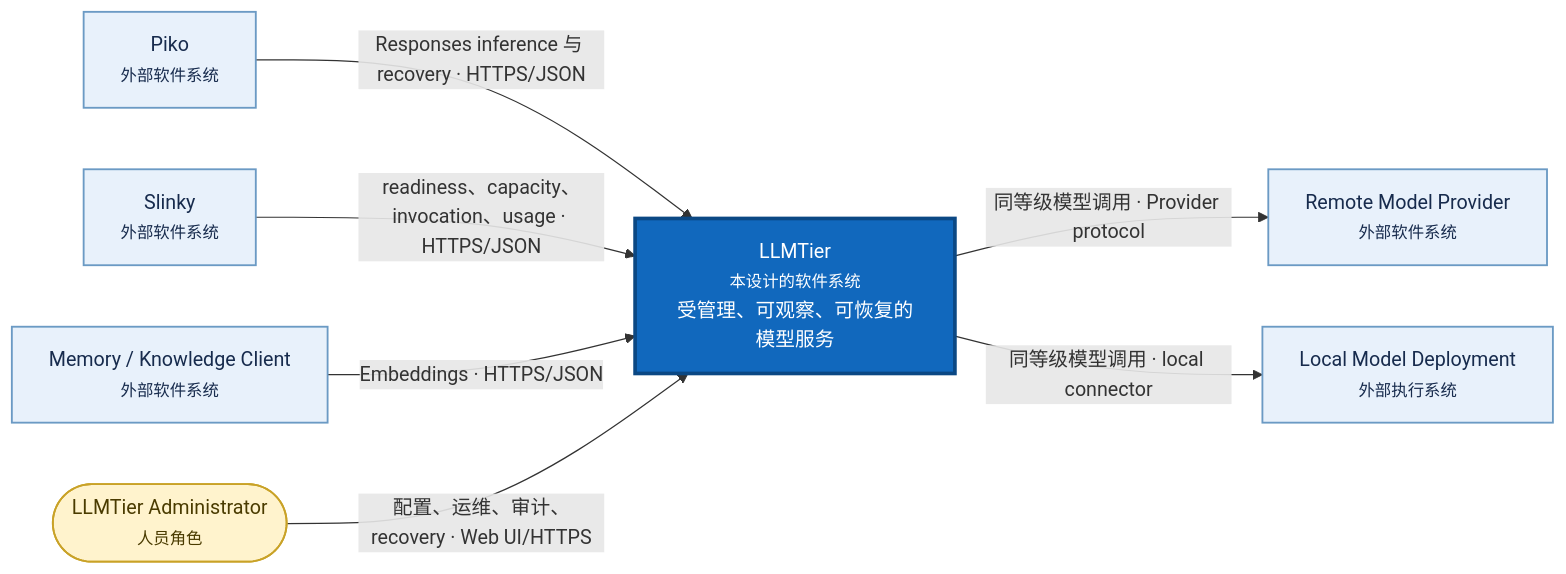
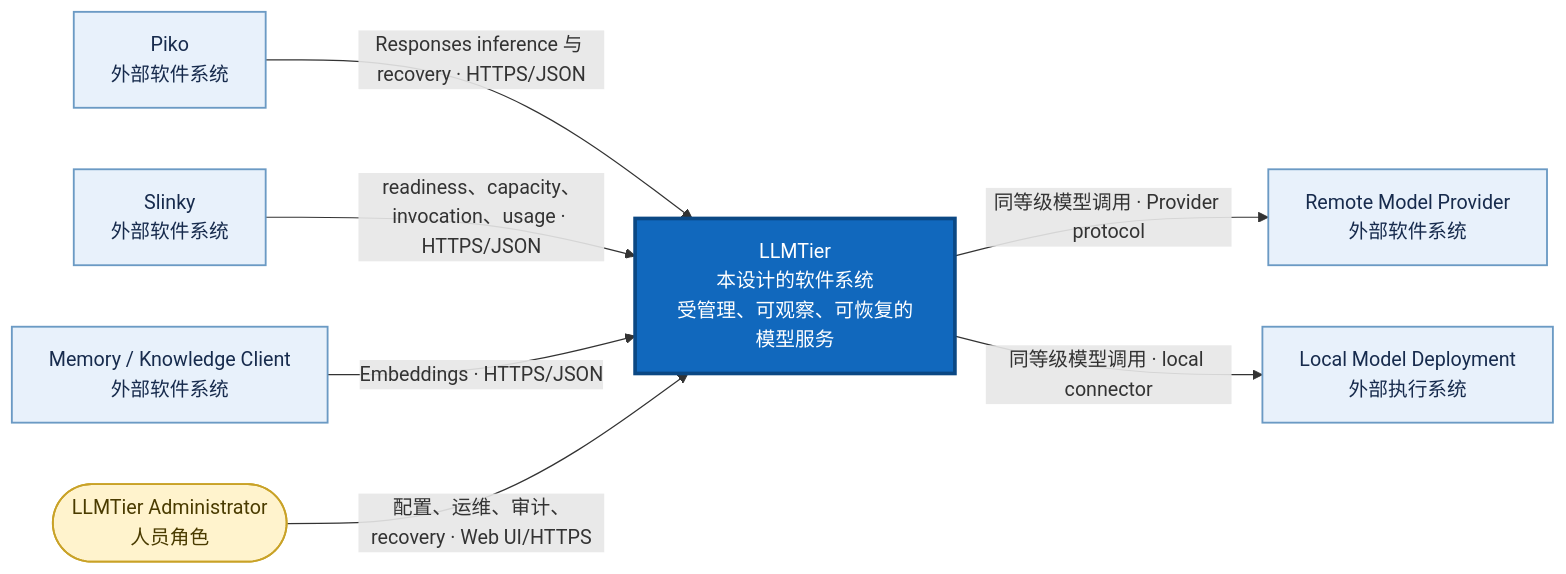
Before and after one commit to corezilla/LLMTier: the first of 5 diagrams in docs/20_system_design/llmtier-system-design.md, drawn with Mermaid. The commit also changed other lines of this file and 4 other files, not shown here.

Commit message:
docs(diagrams): remove unsupported small tags

````diff
--- a/docs/20_system_design/llmtier-system-design.md
+++ b/docs/20_system_design/llmtier-system-design.md
@@ -80,26 +80,26 @@
 ```mermaid
 flowchart LR
-    Piko["Piko<br/><small>外部软件系统</small>"]
-    Slinky["Slinky<br/><small>外部软件系统</small>"]
-    Memory["Memory / Knowledge Client<br/><small>外部软件系统</small>"]
-    Admin(["LLMTier Administrator<br/><small>人员角色</small>"])
+    Piko["Piko<br/>外部软件系统"]
+    Slinky["Slinky<br/>外部软件系统"]
+    Memory["Memory / Knowledge Client<br/>外部软件系统"]
+    Admin(["LLMTier Administrator<br/>人员角色"])
 
-    LLMTier["LLMTier<br/><small>本设计的软件系统</small><br/>受管理、可观察、可恢复的模型服务"]
+    LLMTier["LLMTier<br/>本设计的软件系统<br/>受管理、可观察、可恢复的模型服务"]
 
-    Provider["Remote Model Provider<br/><small>外部软件系统</small>"]
-    Local["Local Model Deployment<br/><small>外部执行系统</small>"]
+    Provider["Remote Model Provider<br/>外部软件系统"]
+    Local["Local Model Deployment<br/>外部执行系统"]
 
     Piko -->|"Responses inference 与 recovery · HTTPS/JSON"| LLMTier
     Slinky -->|"readiness、capacity、invocation、usage · HTTPS/JSON"| LLMTier
     Memory -->|"Embeddings · HTTPS/JSON"| LLMTier
     Admin -->|"配置、运维、审计、recovery · Web UI/HTTPS"| LLMTier
     LLMTier -->|"同等级模型调用 · Provider protocol"| Provider
     LLMTier -->|"同等级模型调用 · local connector"| Local
 
     classDef focal fill:#1168bd,color:#fff,stroke:#0b4884,stroke-width:3px;
     classDef external fill:#e8f1fb,color:#172b4d,stroke:#6b9ac4,stroke-width:1.5px;
     classDef person fill:#fff3cd,color:#4a3b00,stroke:#c9a227,stroke-width:1.5px;
     class LLMTier focal;
     class Piko,Slinky,Memory,Provider,Local external;
     class Admin person;
 ```
````
